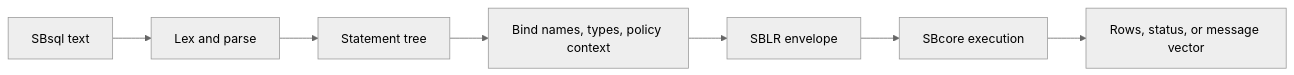
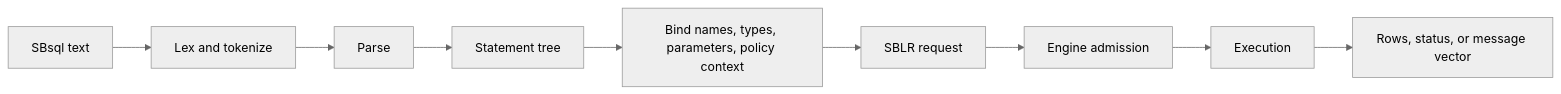
One commit to scratchbird-software-inc/ScratchBird changed the first of 2 diagrams in docs/documentation/draft/Getting_Started/architecture/sbsql_and_sblr.md. Above: the diagram before and after it, drawn with Mermaid (neutral theme). The commit also changed other lines of this file and 23 other files, not shown here.

````diff
--- a/docs/documentation/draft/Getting_Started/architecture/sbsql_and_sblr.md
+++ b/docs/documentation/draft/Getting_Started/architecture/sbsql_and_sblr.md
@@ -17,9 +54,21 @@
 ```mermaid
 flowchart LR
-    Text[SBsql text] --> Lex[Lex and parse]
-    Lex --> AST[Statement tree]
-    AST --> Bind[Bind names, types, policy context]
-    Bind --> SBLR[SBLR envelope]
-    SBLR --> Engine[SBcore execution]
-    Engine --> Result[Rows, status, or message vector]
+    Text[SBsql text]
+    Tokens[Lex and tokenize]
+    Parse[Parse]
+    AST[Statement tree]
+    Bind[Bind names, types, parameters, policy context]
+    SBLR[SBLR request]
+    Admit[Engine admission]
+    Execute[Execution]
+    Result[Rows, status, or message vector]
+
+    Text --> Tokens
+    Tokens --> Parse
+    Parse --> AST
+    AST --> Bind
+    Bind --> SBLR
+    SBLR --> Admit
+    Admit --> Execute
+    Execute --> Result
 ```
````
